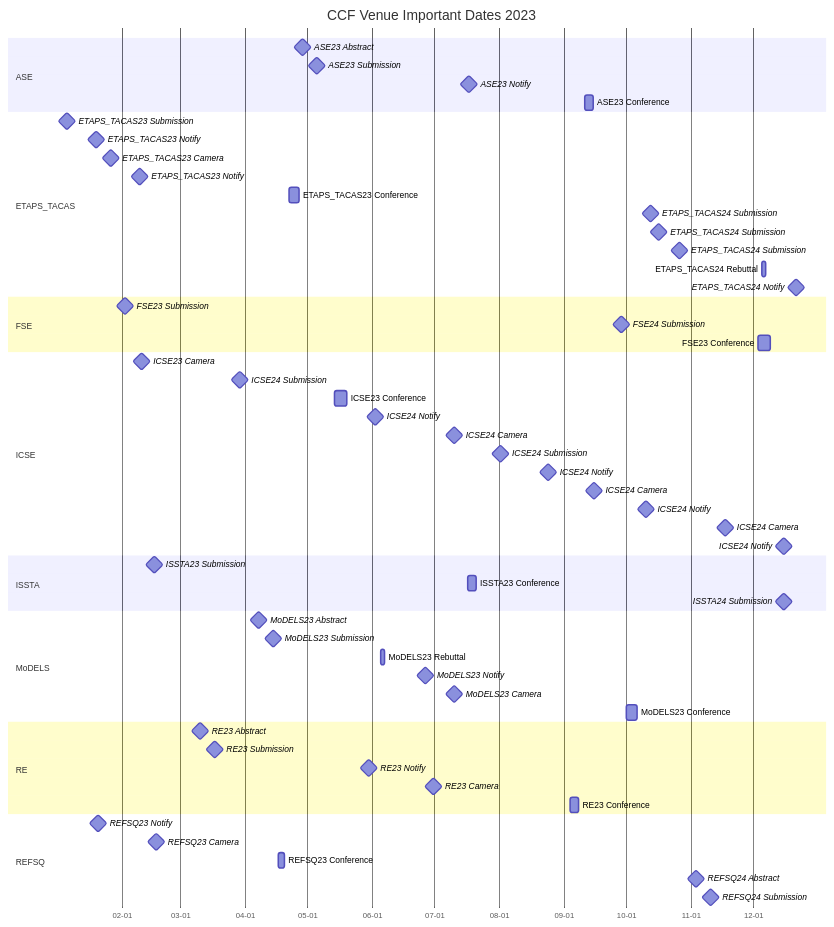
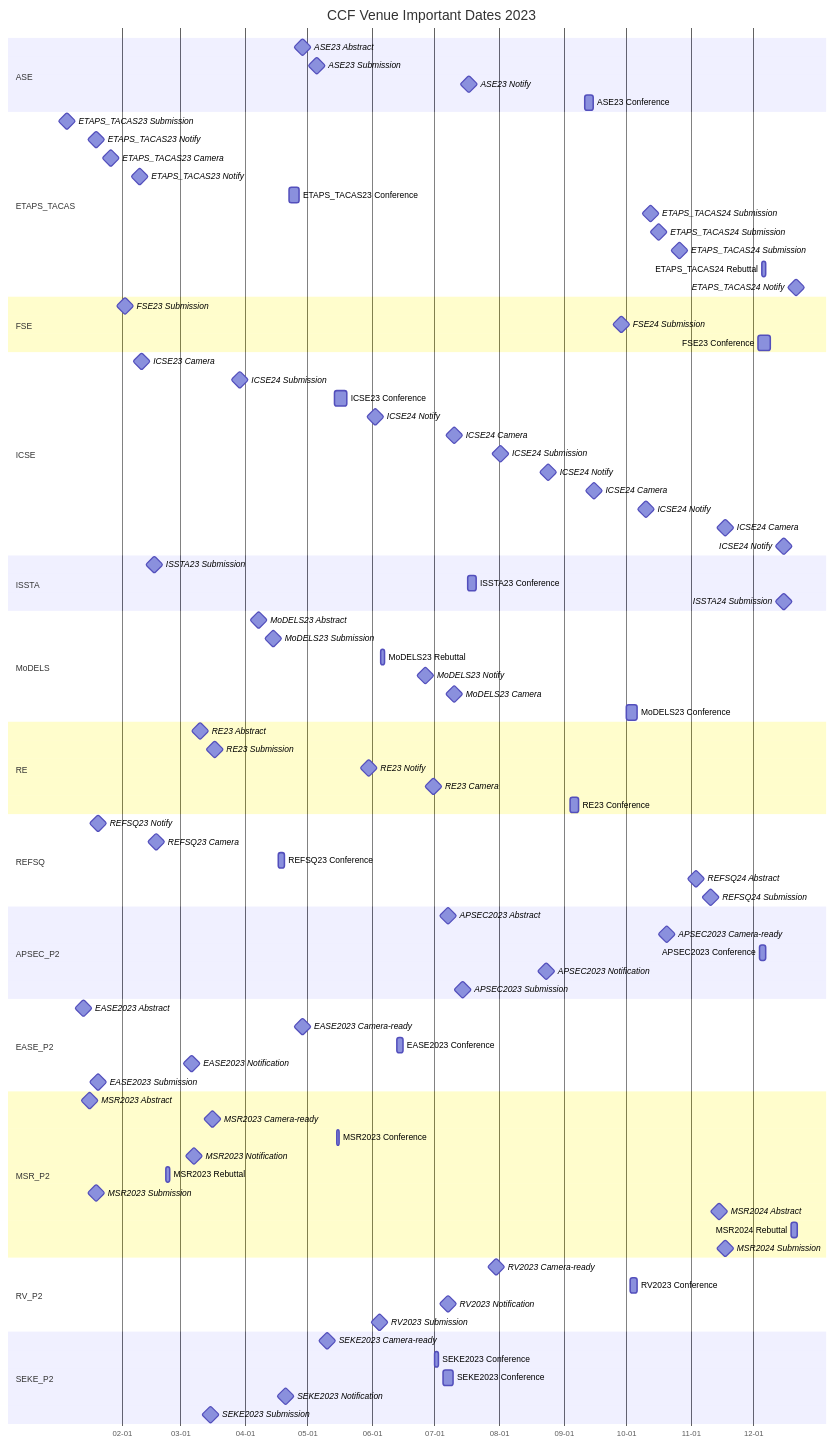
One commit to HansBug/research_ideas changed the sixth of 9 diagrams in ccf_venues/TIMELINE.md. Above: the diagram before and after it, drawn with Mermaid. The commit also changed other lines of this file and 44 other files, not shown here.

````diff
--- a/ccf_venues/TIMELINE.md
+++ b/ccf_venues/TIMELINE.md
@@ -797,4 +1002,42 @@
   REFSQ24 Abstract :milestone, refsq_2023_4_20231103, 2023-11-03, 1d
   REFSQ24 Submission :milestone, refsq_2023_5_20231110, 2023-11-10, 1d
 
+  section APSEC_P2
+  APSEC2023 Abstract :milestone, pr9_conf_c_apsec_2023_abstract_20230707, 2023-07-07, 1d
+  APSEC2023 Camera-ready :milestone, pr9_conf_c_apsec_2023_camera_ready_20231020, 2023-10-20, 1d
+  APSEC2023 Conference :pr9_conf_c_apsec_2023_conference_20231204, 2023-12-04, 2023-12-07
+  APSEC2023 Notification :milestone, pr9_conf_c_apsec_2023_notification_20230823, 2023-08-23, 1d
+  APSEC2023 Submission :milestone, pr9_conf_c_apsec_2023_submission_20230714, 2023-07-14, 1d
+
+  section EASE_P2
+  EASE2023 Abstract :milestone, pr9_conf_c_ease_2023_abstract_20230113, 2023-01-13, 1d
+  EASE2023 Camera-ready :milestone, pr9_conf_c_ease_2023_camera_ready_20230428, 2023-04-28, 1d
+  EASE2023 Conference :pr9_conf_c_ease_2023_conference_20230613, 2023-06-13, 2023-06-16
+  EASE2023 Notification :milestone, pr9_conf_c_ease_2023_notification_20230306, 2023-03-06, 1d
+  EASE2023 Submission :milestone, pr9_conf_c_ease_2023_submission_20230120, 2023-01-20, 1d
+
+  section MSR_P2
+  MSR2023 Abstract :milestone, pr9_conf_c_msr_2023_abstract_20230116, 2023-01-16, 1d
+  MSR2023 Camera-ready :milestone, pr9_conf_c_msr_2023_camera_ready_20230316, 2023-03-16, 1d
+  MSR2023 Conference :pr9_conf_c_msr_2023_conference_20230515, 2023-05-15, 2023-05-16
+  MSR2023 Notification :milestone, pr9_conf_c_msr_2023_notification_20230307, 2023-03-07, 1d
+  MSR2023 Rebuttal :pr9_conf_c_msr_2023_rebuttal_20230222, 2023-02-22, 2023-02-24
+  MSR2023 Submission :milestone, pr9_conf_c_msr_2023_submission_20230119, 2023-01-19, 1d
+  MSR2024 Abstract :milestone, pr9_conf_c_msr_2024_abstract_20231114, 2023-11-14, 1d
+  MSR2024 Rebuttal :pr9_conf_c_msr_2024_rebuttal_20231219, 2023-12-19, 2023-12-22
+  MSR2024 Submission :milestone, pr9_conf_c_msr_2024_submission_20231117, 2023-11-17, 1d
+
+  section RV_P2
+  RV2023 Camera-ready :milestone, pr9_conf_c_rv_2023_camera_ready_20230730, 2023-07-30, 1d
+  RV2023 Conference :pr9_conf_c_rv_2023_conference_20231003, 2023-10-03, 2023-10-06
+  RV2023 Notification :milestone, pr9_conf_c_rv_2023_notification_20230707, 2023-07-07, 1d
+  RV2023 Submission :milestone, pr9_conf_c_rv_2023_submission_20230604, 2023-06-04, 1d
+
+  section SEKE_P2
+  SEKE2023 Camera-ready :milestone, pr9_conf_c_seke_2023_camera_ready_20230510, 2023-05-10, 1d
+  SEKE2023 Conference :pr9_conf_c_seke_2023_conference_20230701, 2023-07-01, 2023-07-03
+  SEKE2023 Conference :pr9_conf_c_seke_2023_conference_20230705, 2023-07-05, 2023-07-10
+  SEKE2023 Notification :milestone, pr9_conf_c_seke_2023_notification_20230420, 2023-04-20, 1d
+  SEKE2023 Submission :milestone, pr9_conf_c_seke_2023_submission_20230315, 2023-03-15, 1d
+
 ```
````
